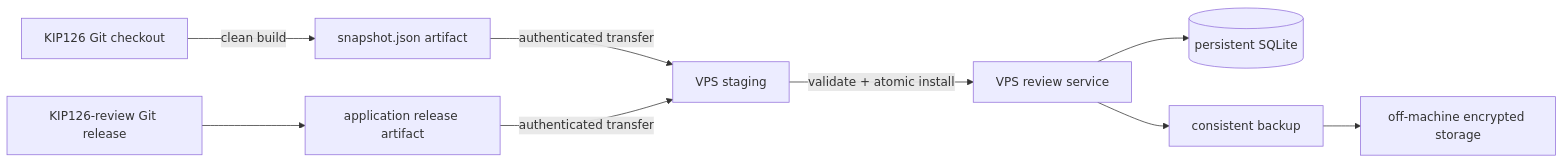
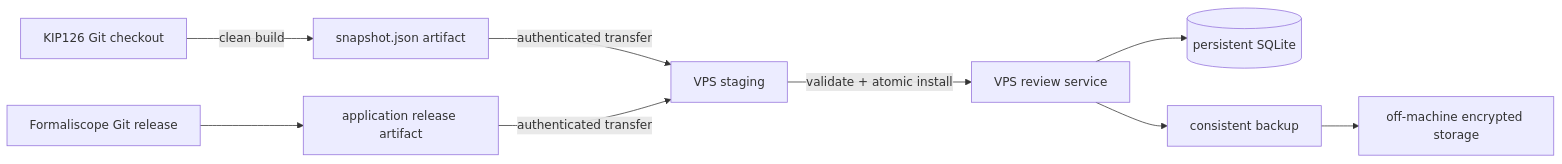
Before and after one commit to SII-MATH/Formaliscope: the diagram in review_app/VERSIONING_AND_RELEASE.md, drawn with Mermaid. The commit also changed other lines of this file and 6 other files, not shown here.

````diff
--- a/review_app/VERSIONING_AND_RELEASE.md
+++ b/review_app/VERSIONING_AND_RELEASE.md
@@ -71,11 +71,11 @@
 ```mermaid
 flowchart LR
   K[KIP126 Git checkout] -->|clean build| S[snapshot.json artifact]
-  A[KIP126-review Git release] --> R[application release artifact]
+  A[Formaliscope Git release] --> R[application release artifact]
   S -->|authenticated transfer| V[VPS staging]
   R -->|authenticated transfer| V
   V -->|validate + atomic install| P[VPS review service]
   P --> D[(persistent SQLite)]
   P --> B[consistent backup]
   B --> O[off-machine encrypted storage]
 ```
````
